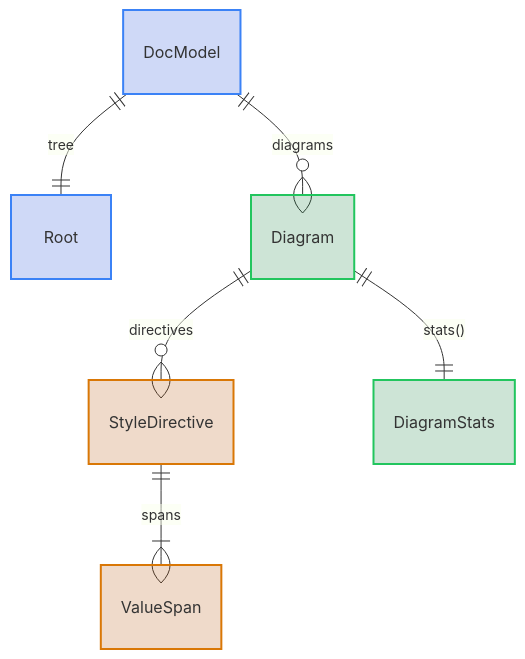
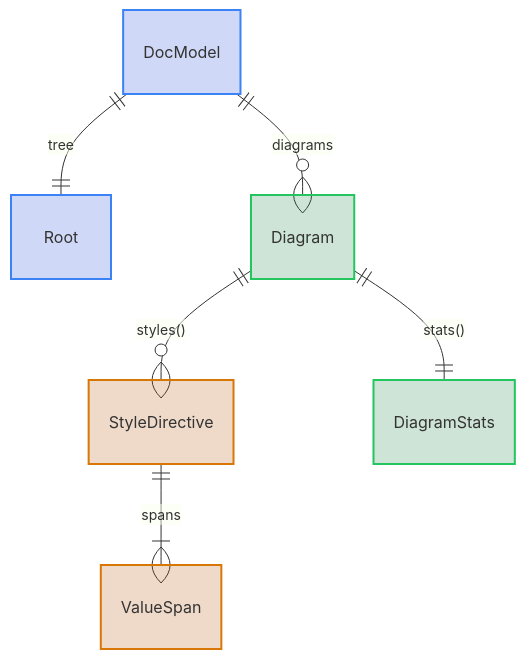
Before and after one commit to jpeakai/jpai-mermaidjs-lint: the diagram in docs-site/diagrams/document-model.md, drawn with Mermaid. The commit also changed 18 other files, not shown here.

First line of the commit message:
Read style directives and contrast positions from mermaid's parser

````diff
--- a/docs-site/diagrams/document-model.md
+++ b/docs-site/diagrams/document-model.md
@@ -1,15 +1,15 @@
 ```mermaid
 erDiagram
     DocModel ||--|| Root : "tree"
     DocModel ||--o{ Diagram : "diagrams"
-    Diagram ||--o{ StyleDirective : "directives"
+    Diagram ||--o{ StyleDirective : "styles()"
     StyleDirective ||--|{ ValueSpan : "spans"
     Diagram ||--|| DiagramStats : "stats()"
 
     classDef docTint fill:#1d4ed836,stroke:#3b82f6,stroke-width:2px
     classDef diagramTint fill:#15803d36,stroke:#22c55e,stroke-width:2px
     classDef styleTint fill:#b4530936,stroke:#d97706,stroke-width:2px
     class DocModel,Root docTint
     class Diagram,DiagramStats diagramTint
     class StyleDirective,ValueSpan styleTint
 ```
````
